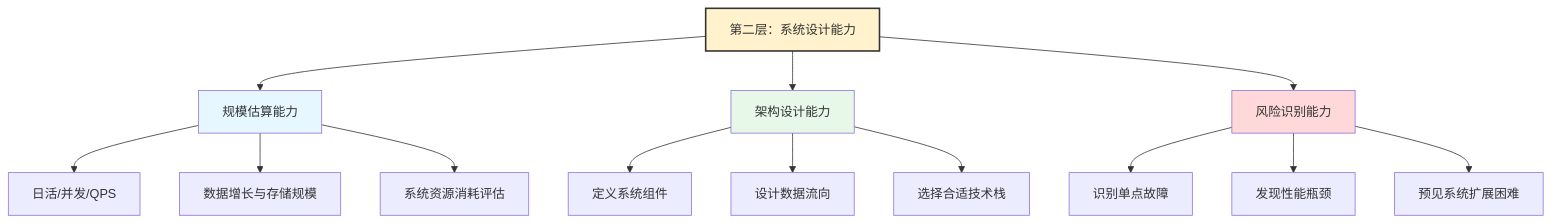
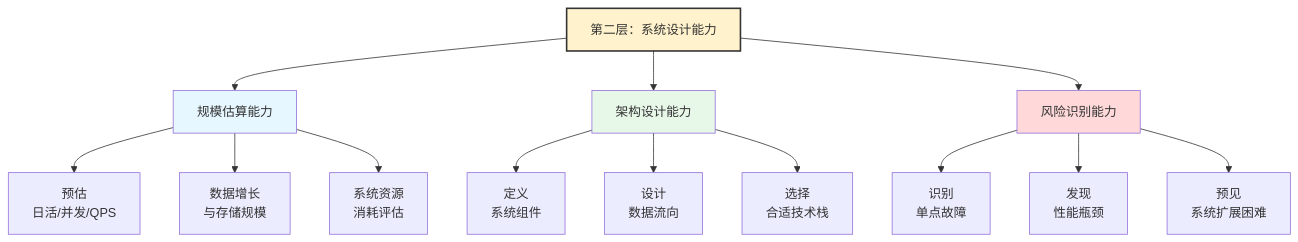
Before and after one commit to microwind/algorithms: the ninth of 17 diagrams in start-here/AI-Era-Programmers-as-Agent-Engineers.md, drawn with Mermaid. The commit also changed other lines of this file and 3 other files, not shown here.

````diff
--- a/start-here/AI-Era-Programmers-as-Agent-Engineers.md
+++ b/start-here/AI-Era-Programmers-as-Agent-Engineers.md
@@ -438,25 +438,25 @@
 ```mermaid
 graph TD
     A["第二层：系统设计能力"]
 
     A --> B["规模估算能力"]
     A --> C["架构设计能力"]
     A --> D["风险识别能力"]
 
-    B --> B1["日活/并发/QPS"]
-    B --> B2["数据增长与存储规模"]
-    B --> B3["系统资源消耗评估"]
+    B --> B1["预估<br>日活/并发/QPS"]
+    B --> B2["数据增长<br>与存储规模"]
+    B --> B3["系统资源<br>消耗评估"]
 
-    C --> C1["定义系统组件"]
-    C --> C2["设计数据流向"]
-    C --> C3["选择合适技术栈"]
+    C --> C1["定义<br>系统组件"]
+    C --> C2["设计<br>数据流向"]
+    C --> C3["选择<br>合适技术栈"]
 
-    D --> D1["识别单点故障"]
-    D --> D2["发现性能瓶颈"]
-    D --> D3["预见系统扩展困难"]
+    D --> D1["识别<br>单点故障"]
+    D --> D2["发现<br>性能瓶颈"]
+    D --> D3["预见<br>系统扩展困难"]
 
     style A fill:#FFF2CC,stroke:#333,stroke-width:2px
     style B fill:#E6F7FF
     style C fill:#E8F8E8
     style D fill:#FFD9D9
 ```
````
